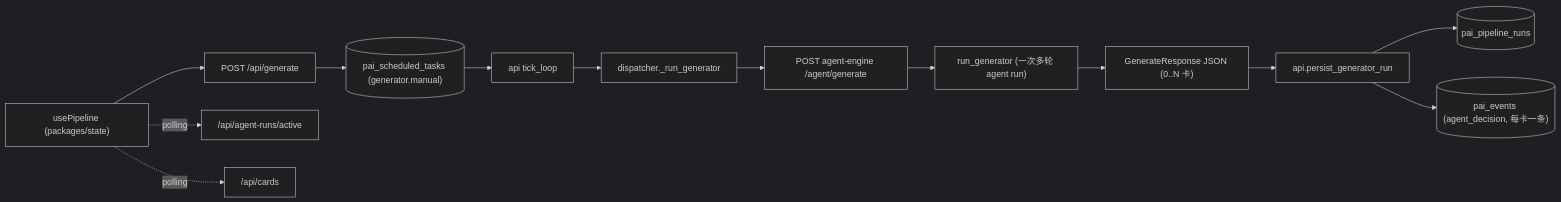
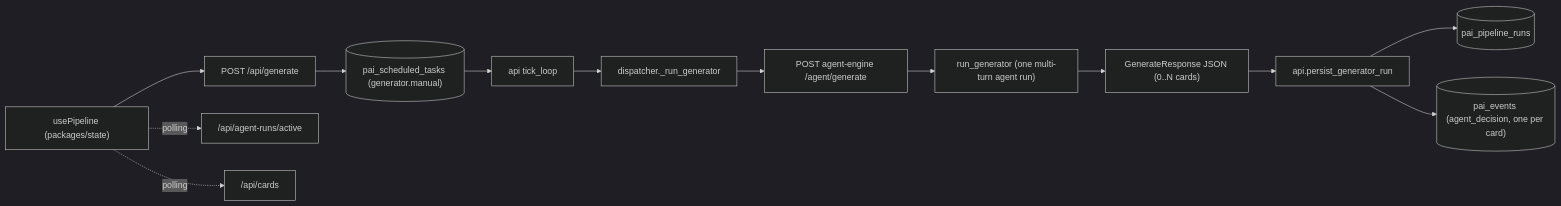
One commit to Edge-AI-HQ/proactive-assistant changed the first of 2 diagrams in docs/modules/generation.mdx. Above: the diagram before and after it, drawn with Mermaid (dark theme). The commit also changed other lines of this file and 12 other files, not shown here.

````diff
--- a/docs/modules/generation.mdx
+++ b/docs/modules/generation.mdx
@@ -16,15 +16,15 @@
 ```mermaid
 flowchart LR
   UI["usePipeline (packages/state)"] --> API["POST /api/generate"]
   API --> Q[("pai_scheduled_tasks (generator.manual)")]
   Q --> Sched["api tick_loop"]
   Sched --> Disp["dispatcher._run_generator"]
   Disp --> Chat["POST agent-engine /agent/generate"]
-  Chat --> Agent["run_generator (一次多轮 agent run)"]
-  Agent --> Resp["GenerateResponse JSON (0..N 卡)"]
+  Chat --> Agent["run_generator (one multi-turn agent run)"]
+  Agent --> Resp["GenerateResponse JSON (0..N cards)"]
   Resp --> Persist["api.persist_generator_run"]
   Persist --> PR[("pai_pipeline_runs")]
-  Persist --> EV[("pai_events (agent_decision, 每卡一条)")]
+  Persist --> EV[("pai_events (agent_decision, one per card)")]
   UI -. polling .-> Runs["/api/agent-runs/active"]
   UI -. polling .-> Cards["/api/cards"]
 ```
````
